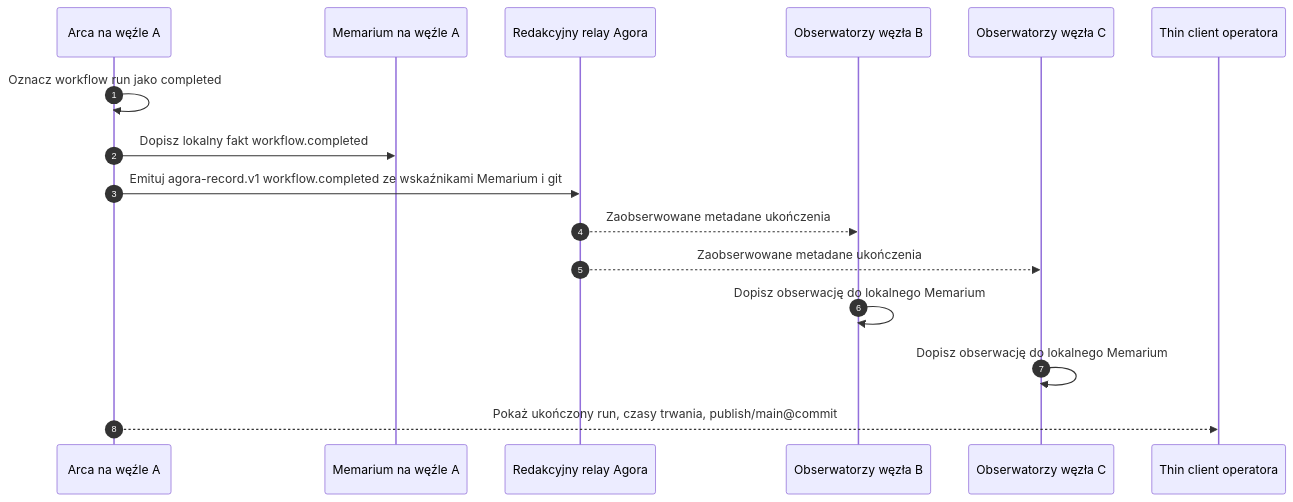
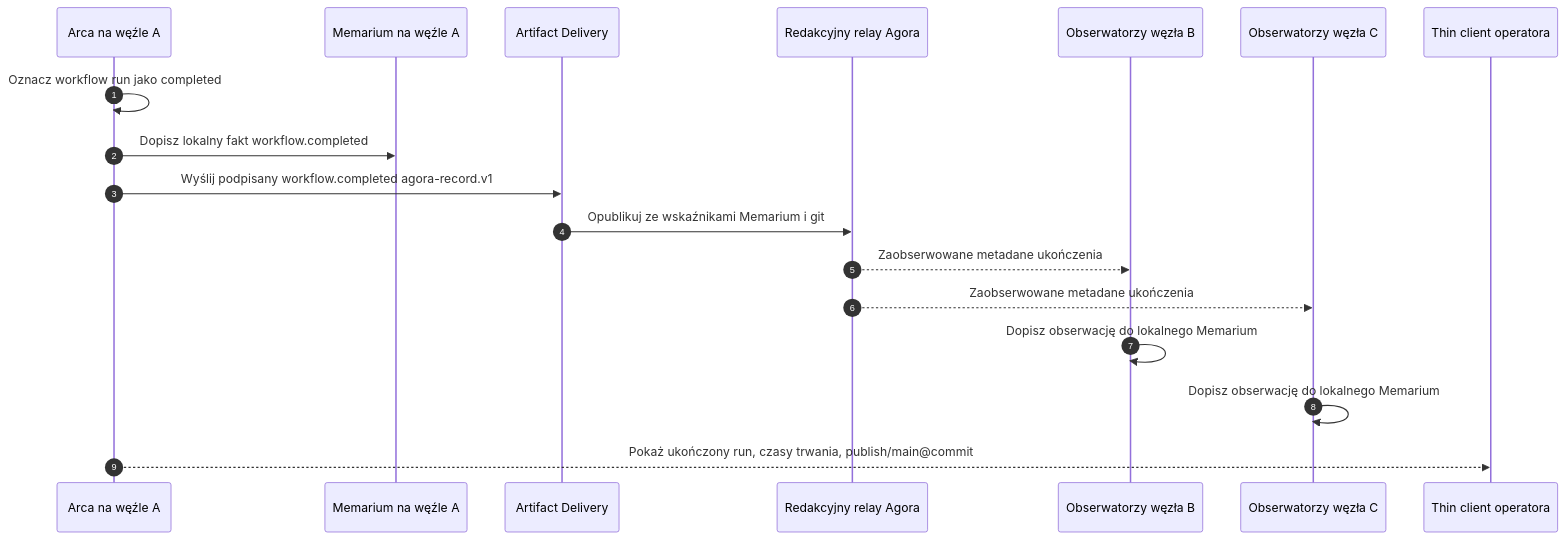
The fifth of 5 diagrams in doc/project/30-stories/story-009-bielik-blog-arca.pl.md (diapod/orbidocs), drawn with Mermaid before and after one commit. The commit also changed other lines of this file and 3 other files, not shown here.

Commit message:
Artifact Delivery / INAC: diagrams updated

````diff
--- a/doc/project/30-stories/story-009-bielik-blog-arca.pl.md
+++ b/doc/project/30-stories/story-009-bielik-blog-arca.pl.md
@@ -1173,19 +1177,21 @@
 ```mermaid
 sequenceDiagram
     autonumber
     participant ArcaA as Arca na węźle A
     participant MemariumA as Memarium na węźle A
+    participant AD as Artifact Delivery
     participant AgoraRelay as Redakcyjny relay Agora
     participant NodeB as Obserwatorzy węzła B
     participant NodeC as Obserwatorzy węzła C
     participant Operator as Thin client operatora
 
     ArcaA->>ArcaA: Oznacz workflow run jako completed
     ArcaA->>MemariumA: Dopisz lokalny fakt workflow.completed
-    ArcaA->>AgoraRelay: Emituj agora-record.v1 workflow.completed ze wskaźnikami Memarium i git
+    ArcaA->>AD: Wyślij podpisany workflow.completed agora-record.v1
+    AD->>AgoraRelay: Opublikuj ze wskaźnikami Memarium i git
     AgoraRelay-->>NodeB: Zaobserwowane metadane ukończenia
     AgoraRelay-->>NodeC: Zaobserwowane metadane ukończenia
     NodeB->>NodeB: Dopisz obserwację do lokalnego Memarium
     NodeC->>NodeC: Dopisz obserwację do lokalnego Memarium
     ArcaA-->>Operator: Pokaż ukończony run, czasy trwania, publish/main@commit
 ```
````
